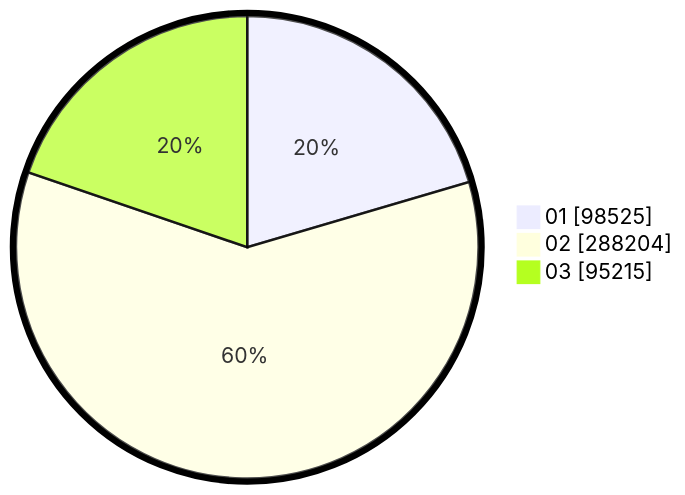
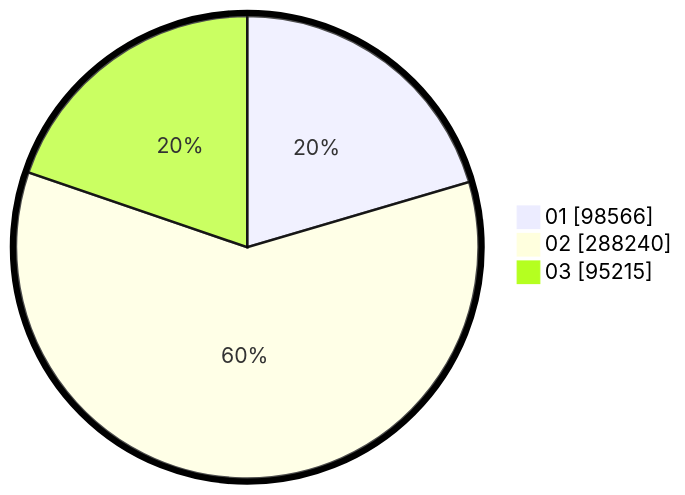
Before and after one commit to gigit-pemilu/pemilu-2024: the second of 2 diagrams in pilpres/hitung-suara/sub/table-wilayah-99.md, drawn with Mermaid. The commit also changed other lines of this file and 3 other files, not shown here.

````diff
--- a/pilpres/hitung-suara/sub/table-wilayah-99.md
+++ b/pilpres/hitung-suara/sub/table-wilayah-99.md
@@ -15,7 +15,7 @@
 ```mermaid
 %%{init: {"pie": {"textPosition": 0.5}, "themeVariables": {"pieOuterStrokeWidth": "5px"}} }%%
 pie showData
-    "01" : 98525
-    "02" : 288204
+    "01" : 98566
+    "02" : 288240
     "03" : 95215
 ```
````
